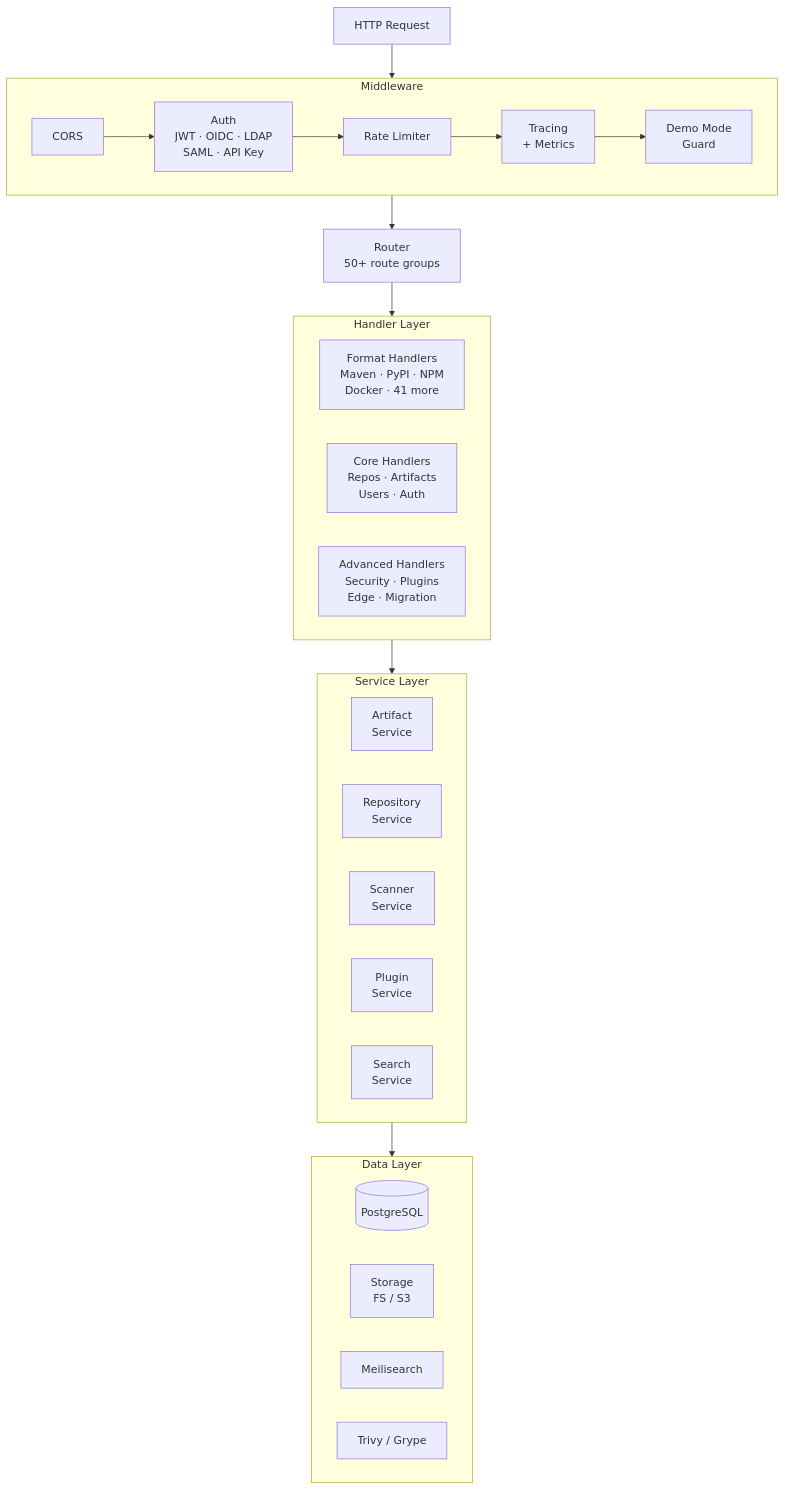
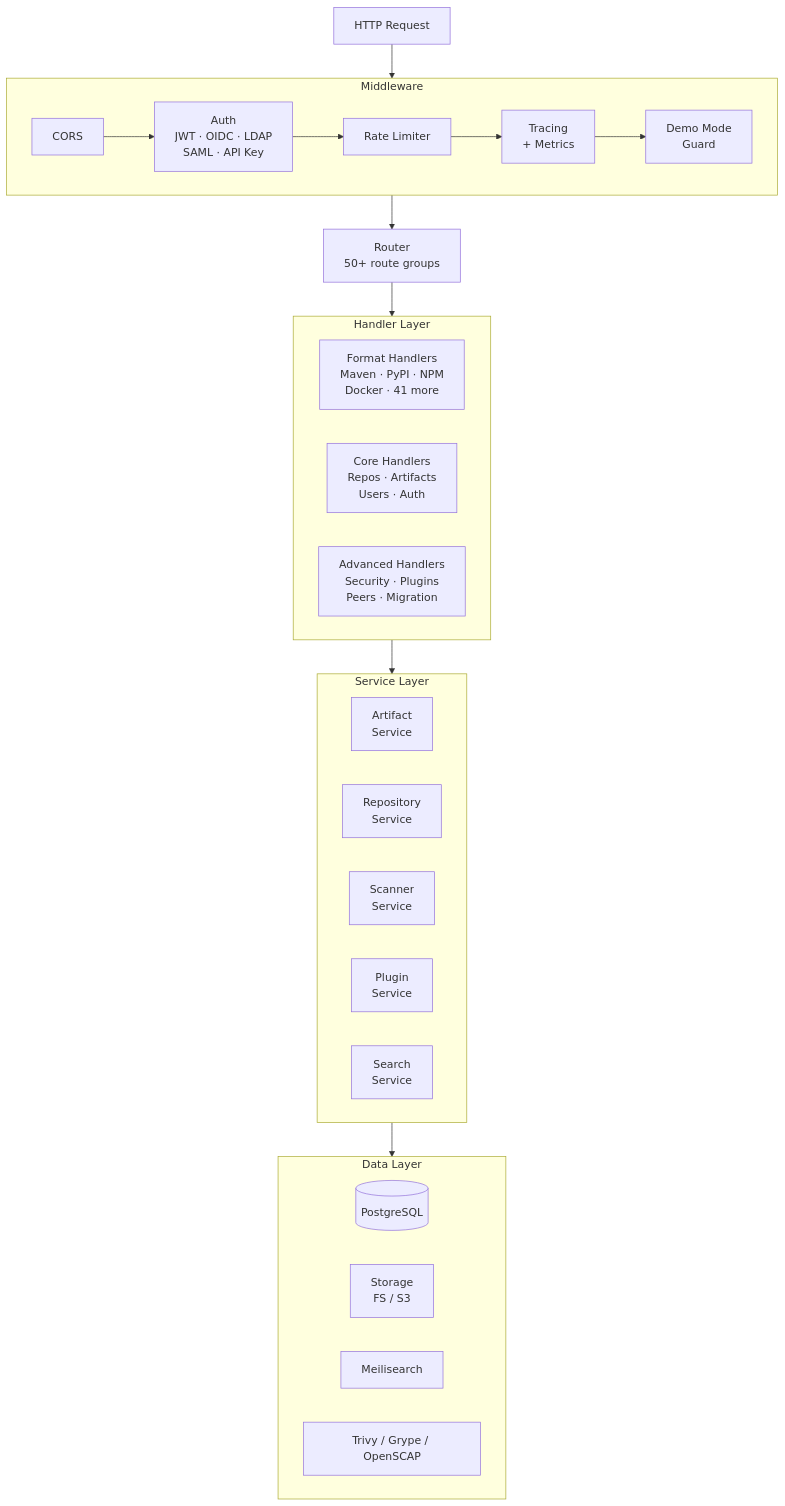
Before and after one commit to artifact-keeper/artifact-keeper: the second of 4 diagrams in README.md, drawn with Mermaid. The commit also changed other lines of this file and 7 other files, not shown here.

````diff
--- a/README.md
+++ b/README.md
@@ -52,43 +54,43 @@
 ```mermaid
 flowchart TD
     REQ["HTTP Request"] --> MW["Middleware Pipeline"]
 
     subgraph MW["Middleware"]
         direction LR
-        CORS["CORS"] --> AUTH["Auth\nJWT · OIDC · LDAP\nSAML · API Key"]
+        CORS["CORS"] --> AUTH["Auth<br/>JWT · OIDC · LDAP<br/>SAML · API Key"]
         AUTH --> RL["Rate Limiter"]
-        RL --> TRACE["Tracing\n+ Metrics"]
-        TRACE --> DEMO["Demo Mode\nGuard"]
+        RL --> TRACE["Tracing<br/>+ Metrics"]
+        TRACE --> DEMO["Demo Mode<br/>Guard"]
     end
 
-    MW --> ROUTER["Router\n50+ route groups"]
+    MW --> ROUTER["Router<br/>50+ route groups"]
 
     subgraph HANDLERS["Handler Layer"]
-        FMT["Format Handlers\nMaven · PyPI · NPM\nDocker · 41 more"]
-        CORE["Core Handlers\nRepos · Artifacts\nUsers · Auth"]
-        ADV["Advanced Handlers\nSecurity · Plugins\nEdge · Migration"]
+        FMT["Format Handlers<br/>Maven · PyPI · NPM<br/>Docker · 41 more"]
+        CORE["Core Handlers<br/>Repos · Artifacts<br/>Users · Auth"]
+        ADV["Advanced Handlers<br/>Security · Plugins<br/>Peers · Migration"]
     end
 
     ROUTER --> HANDLERS
 
     subgraph SERVICES["Service Layer"]
         direction LR
-        ART["Artifact\nService"]
-        REPO["Repository\nService"]
-        SCAN["Scanner\nService"]
-        PLUG["Plugin\nService"]
-        SEARCH["Search\nService"]
+        ART["Artifact<br/>Service"]
+        REPO["Repository<br/>Service"]
+        SCAN["Scanner<br/>Service"]
+        PLUG["Plugin<br/>Service"]
+        SEARCH["Search<br/>Service"]
     end
 
     HANDLERS --> SERVICES
 
     subgraph DATA["Data Layer"]
         direction LR
         PG[(PostgreSQL)]
-        FS["Storage\nFS / S3"]
+        FS["Storage<br/>FS / S3"]
         MS["Meilisearch"]
-        SC["Trivy / Grype"]
+        SC["Trivy / Grype / OpenSCAP"]
     end
 
     SERVICES --> DATA
 ```
````
